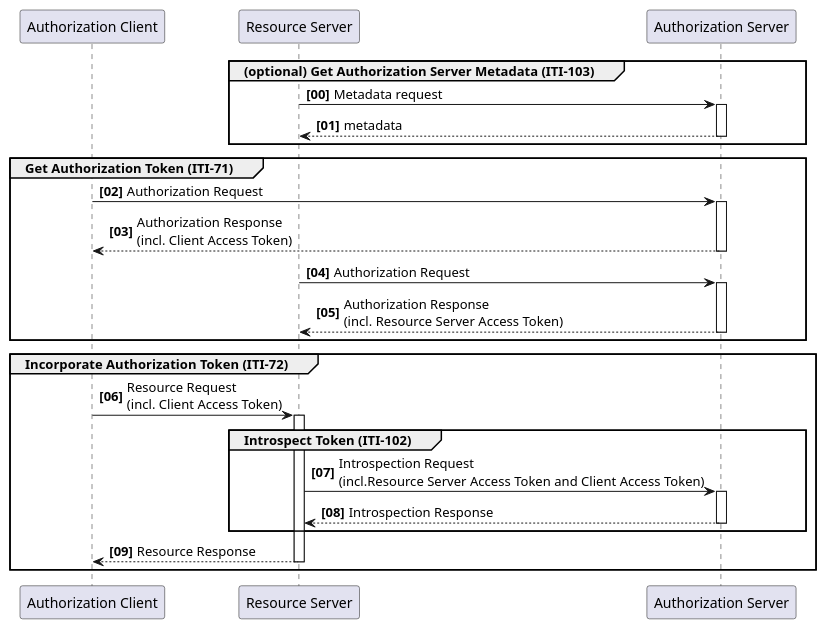
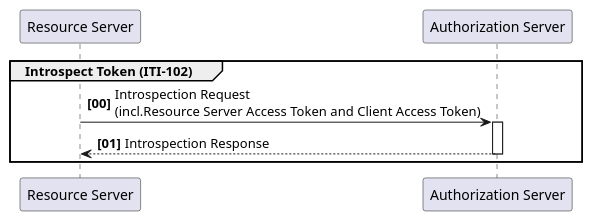
The fifth of 6 diagrams in IHE_ITI_Suppl_IUA.md (IHE/ITI.IUA), drawn with PlantUML before and after one commit. The commit also changed other lines of this file and 8 other files, not shown here.

````diff
--- a/IHE_ITI_Suppl_IUA.md
+++ b/IHE_ITI_Suppl_IUA.md
@@ -1256,38 +1268,18 @@
 ```plantuml
 @startuml introspect
 
-participant "Authorization Client" as Client
 participant "Resource Server" as ResourceServer
 participant "Authorization Server" as AuthzServer
 
 autonumber 0 1 "<b>[00]</b>"
 autoactivate on
 
-group (optional) Get Authorization Server Metadata (ITI-103)
-    ResourceServer -> AuthzServer : Metadata request
-    AuthzServer --> ResourceServer: metadata
-end
-
-group Get Authorization Token (ITI-71)
-Client -> AuthzServer : Authorization Request  
-Client <-- AuthzServer : Authorization Response\n(incl. Client Access Token)  
-
-ResourceServer -> AuthzServer : Authorization Request  
-ResourceServer <-- AuthzServer : Authorization Response\n(incl. Resource Server Access Token)  
-end
-
-group Incorporate Authorization Token (ITI-72)  
-Client -> ResourceServer : Resource Request\n(incl. Client Access Token)
-
 group Introspect Token (ITI-102)  
 ResourceServer -> AuthzServer : Introspection Request\n(incl.Resource Server Access Token and Client Access Token)
 ResourceServer <-- AuthzServer : Introspection Response
 end
 
-Client <-- ResourceServer : Resource Response  
-end  
-
 autonumber stop
 
 @enduml
 ```
````
